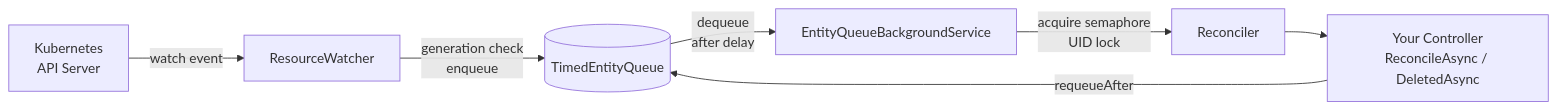
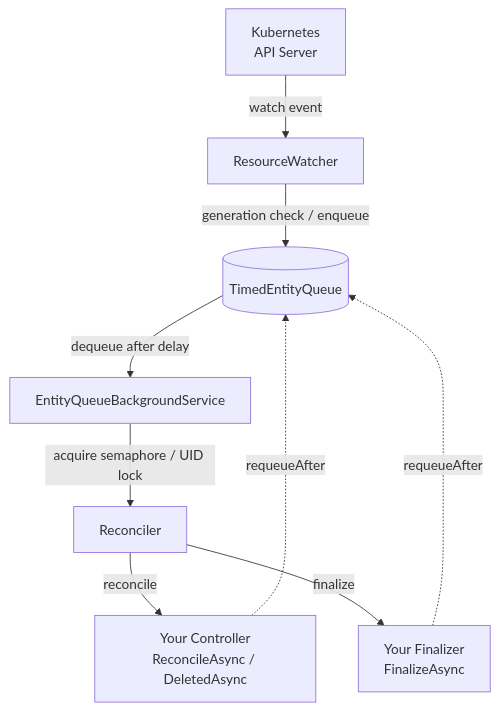
One commit to dotnet/dotnet-operator-sdk changed the second of 2 diagrams in docs/docs/operator/index.mdx. Above: the diagram before and after it, drawn with Mermaid. The commit also changed other lines of this file and 2 other files, not shown here.

Commit message:
fix(docs): update pipeline diagram and clarify reconciler responsibilities

````diff
--- a/docs/docs/operator/index.mdx
+++ b/docs/docs/operator/index.mdx
@@ -41,16 +41,19 @@
 ```mermaid
-flowchart LR
-    API[Kubernetes\nAPI Server]
+flowchart TB
+    API[Kubernetes<br/>API Server]
     W[ResourceWatcher]
     Q[(TimedEntityQueue)]
     B[EntityQueueBackgroundService]
     R[Reconciler]
-    C[Your Controller\nReconcileAsync / DeletedAsync]
+    C[Your Controller<br/>ReconcileAsync / DeletedAsync]
+    F[Your Finalizer<br/>FinalizeAsync]
 
     API -->|watch event| W
-    W -->|generation check\nenqueue| Q
-    Q -->|dequeue\nafter delay| B
-    B -->|acquire semaphore\nUID lock| R
-    R --> C
-    C -->|requeueAfter| Q
+    W -->|generation check / enqueue| Q
+    Q -->|dequeue after delay| B
+    B -->|acquire semaphore / UID lock| R
+    R -->|reconcile| C
+    R -->|finalize| F
+    C -.->|requeueAfter| Q
+    F -.->|requeueAfter| Q
 ```
````
